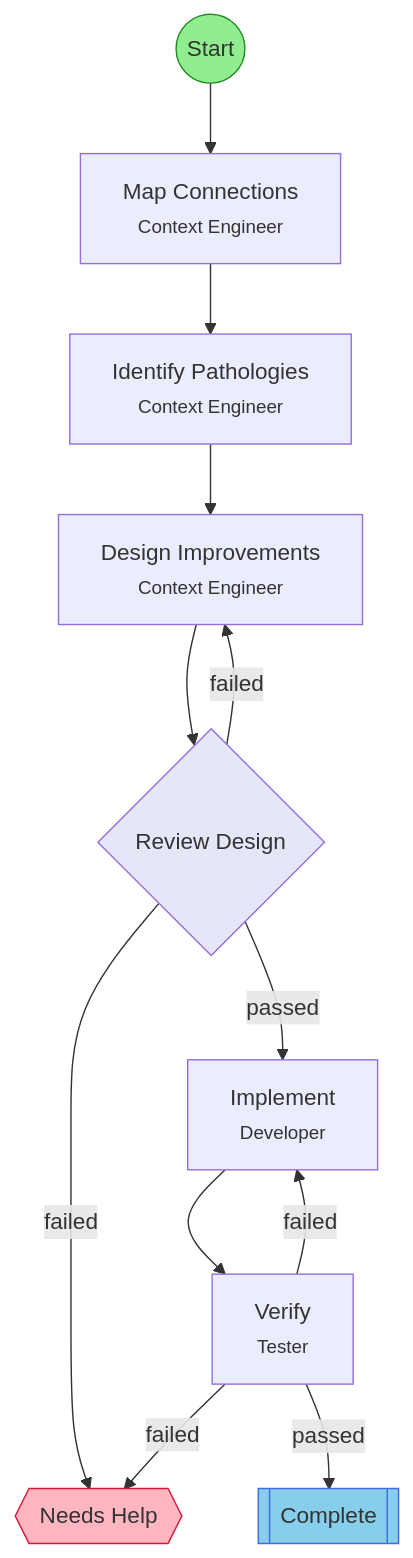
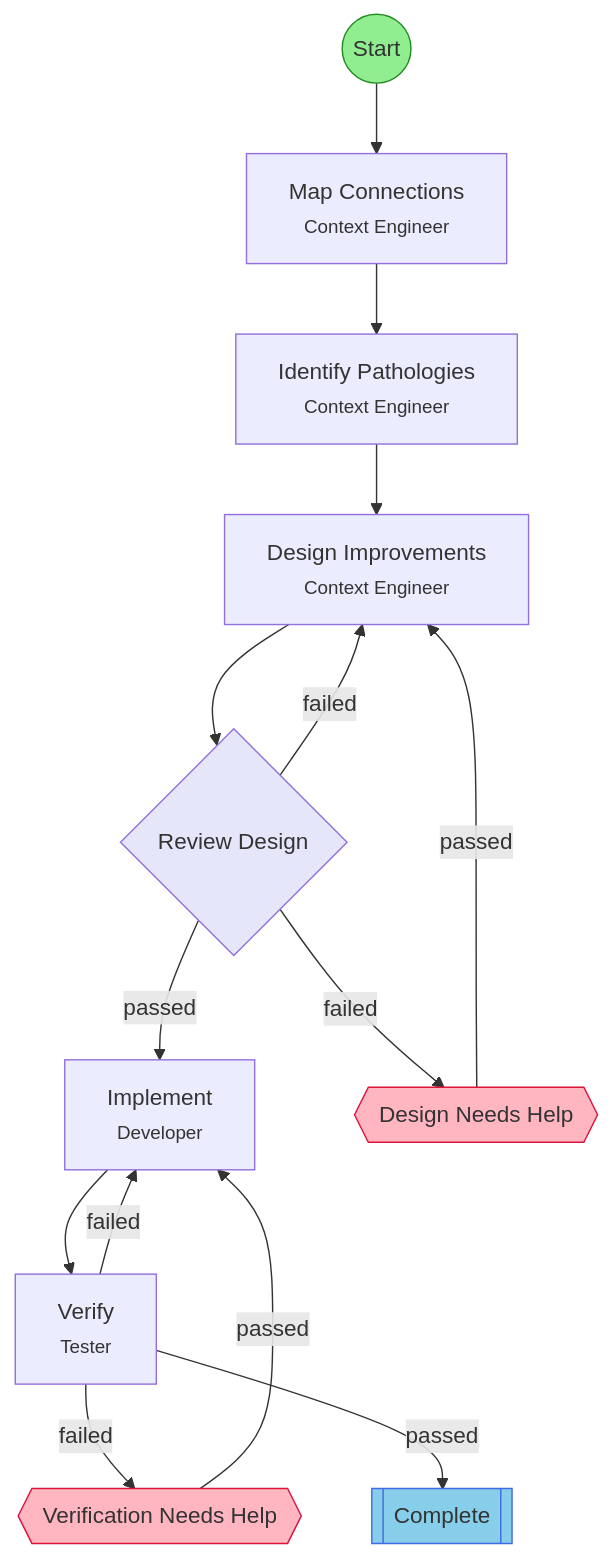
Before and after one commit to leclabs/agent-toolkit: the diagram in .flow/diagrams/context-optimization.md, drawn with Mermaid. The commit also changed other lines of this file and 23 other files, not shown here.

First line of the commit message:
feat: enrich fork responses with per-branch step info for parallel task sets

````diff
--- a/.flow/diagrams/context-optimization.md
+++ b/.flow/diagrams/context-optimization.md
@@ -7,34 +7,38 @@
 ```mermaid
 flowchart TD
     start(("Start"))
     map_connections["Map Connections<br/><small>Context Engineer</small>"]
     identify_pathologies["Identify Pathologies<br/><small>Context Engineer</small>"]
     design_improvements["Design Improvements<br/><small>Context Engineer</small>"]
     review_design{"Review Design"}
     implement["Implement<br/><small>Developer</small>"]
     verify["Verify<br/><small>Tester</small>"]
     end_success[["Complete"]]
-    hitl_failed{{"Needs Help"}}
+    hitl_design_failed{{"Design Needs Help"}}
+    hitl_verify_failed{{"Verification Needs Help"}}
 
     start --> map_connections
     map_connections --> identify_pathologies
     identify_pathologies --> design_improvements
     design_improvements --> review_design
     review_design -->|failed| design_improvements
-    review_design -->|failed| hitl_failed
+    review_design -->|failed| hitl_design_failed
     review_design -->|passed| implement
     implement --> verify
     verify -->|failed| implement
-    verify -->|failed| hitl_failed
+    verify -->|failed| hitl_verify_failed
     verify -->|passed| end_success
+    hitl_design_failed -->|passed| design_improvements
+    hitl_verify_failed -->|passed| implement
 
     classDef startStep fill:#90EE90,stroke:#228B22
     classDef successStep fill:#87CEEB,stroke:#4169E1
     classDef hitlStep fill:#FFB6C1,stroke:#DC143C
     classDef gateStep fill:#E6E6FA,stroke:#9370DB
+    classDef forkJoinStep fill:#FFEAA7,stroke:#FDCB6E
     classDef currentStep fill:#FFD700,stroke:#FF8C00,stroke-width:3px
     class start startStep
     class end_success successStep
-    class hitl_failed hitlStep
+    class hitl_design_failed,hitl_verify_failed hitlStep
     class review_design gateStep
 ```
````
